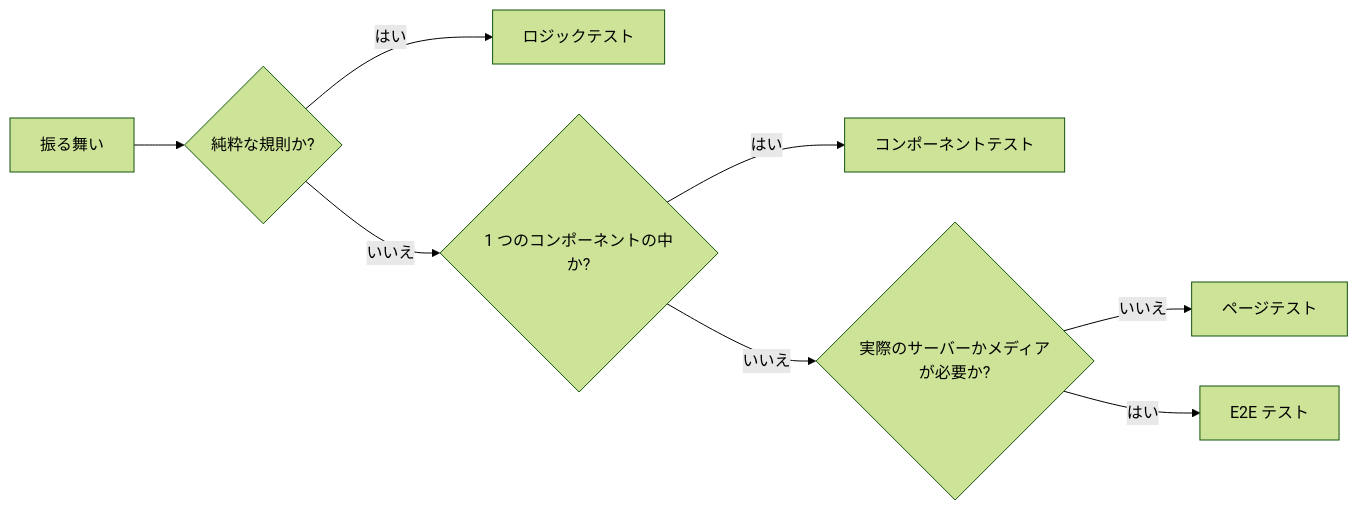
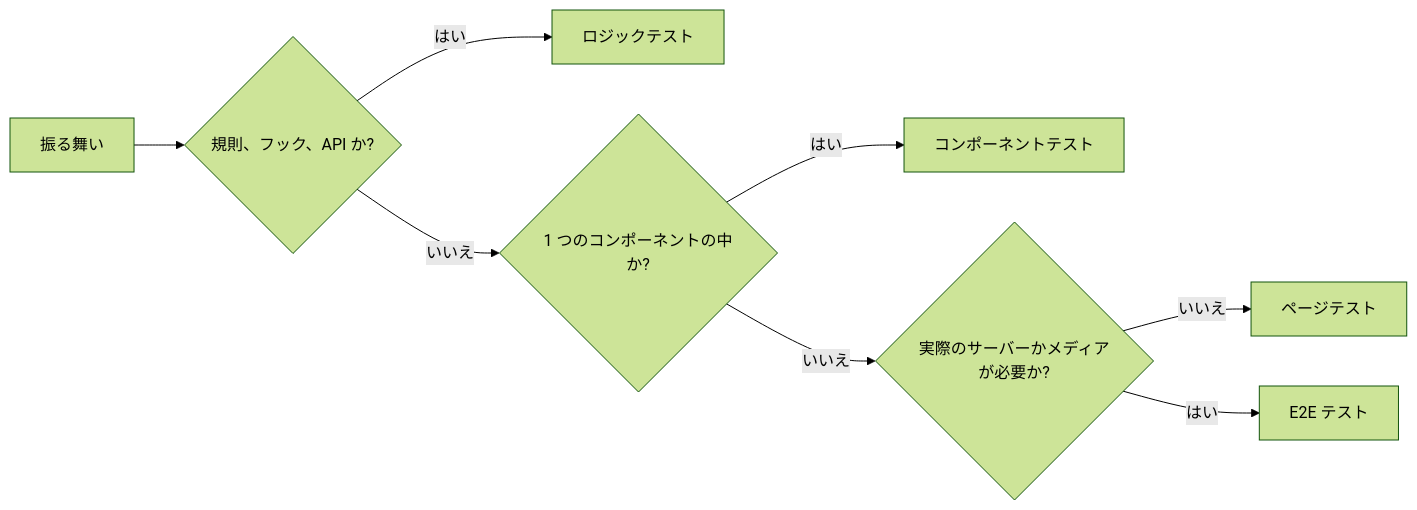
The second of 2 diagrams in translations/ja/docs/design-docs/web-testing.md (syudead/vv), drawn with Mermaid (forest theme) before and after one commit. The commit also changed other lines of this file and 1 other file, not shown here.

````diff
--- a/translations/ja/docs/design-docs/web-testing.md
+++ b/translations/ja/docs/design-docs/web-testing.md
@@ -37,10 +39,10 @@
 ```mermaid
 flowchart LR
-  b[振る舞い] --> q1{純粋な規則か?}
+  b[振る舞い] --> q1{規則、フック、API か?}
   q1 -->|はい| logic[ロジックテスト]
   q1 -->|いいえ| q2{1 つのコンポーネントの中か?}
   q2 -->|はい| component[コンポーネントテスト]
   q2 -->|いいえ| q3{実際のサーバーかメディアが必要か?}
   q3 -->|いいえ| page[ページテスト]
   q3 -->|はい| e2e[E2E テスト]
 ```
````
